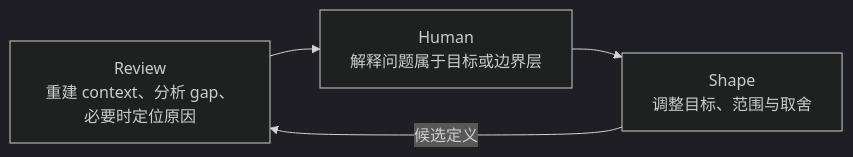
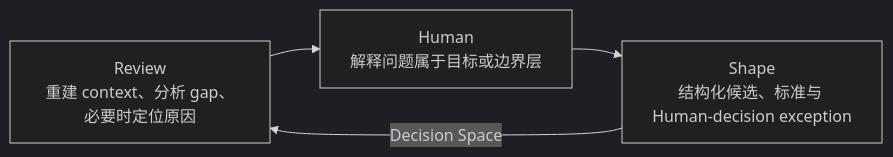
Before and after one commit to FlutteryEmbers/human-react: the fifth of 8 diagrams in .human-react/loop.md, drawn with Mermaid (dark theme). The commit also changed other lines of this file and 17 other files, not shown here.

````diff
--- a/.human-react/loop.md
+++ b/.human-react/loop.md
@@ -105,10 +161,10 @@
 ```mermaid
 flowchart LR
     R["Review<br/>重建 context、分析 gap、必要时定位原因"]
     H["Human<br/>解释问题属于目标或边界层"]
-    S["Shape<br/>调整目标、范围与取舍"]
+    S["Shape<br/>结构化候选、标准与 Human-decision exception"]
 
     R --> H
     H --> S
-    S -->|"候选定义"| R
+    S -->|"Decision Space"| R
 ```
````
